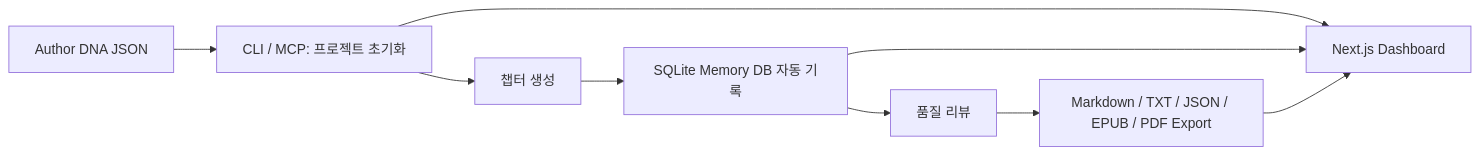
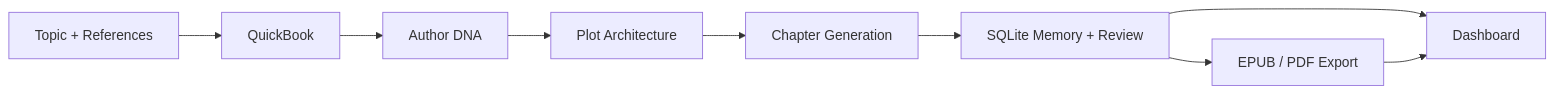
Before and after one commit to sinmb79/22B-Novel-One-Click-Long-Form-Novel-Generator-: the diagram in docs/README.ko.md, drawn with Mermaid. The commit also changed other lines of this file and 40 other files, not shown here.

````diff
--- a/docs/README.ko.md
+++ b/docs/README.ko.md
@@ -21,11 +11,11 @@
 ```mermaid
 flowchart LR
-  A["Author DNA JSON"] --> B["CLI / MCP: 프로젝트 초기화"]
-  B --> C["챕터 생성"]
-  C --> D["SQLite Memory DB 자동 기록"]
-  D --> E["품질 리뷰"]
-  E --> F["Markdown / TXT / JSON / EPUB / PDF Export"]
-  B --> G["Next.js Dashboard"]
-  D --> G
-  F --> G
+  A["Topic + References"] --> B["QuickBook"]
+  B --> C["Author DNA"]
+  C --> D["Plot Architecture"]
+  D --> E["Chapter Generation"]
+  E --> F["SQLite Memory + Review"]
+  F --> G["EPUB / PDF Export"]
+  F --> H["Dashboard"]
+  G --> H
 ```
````
